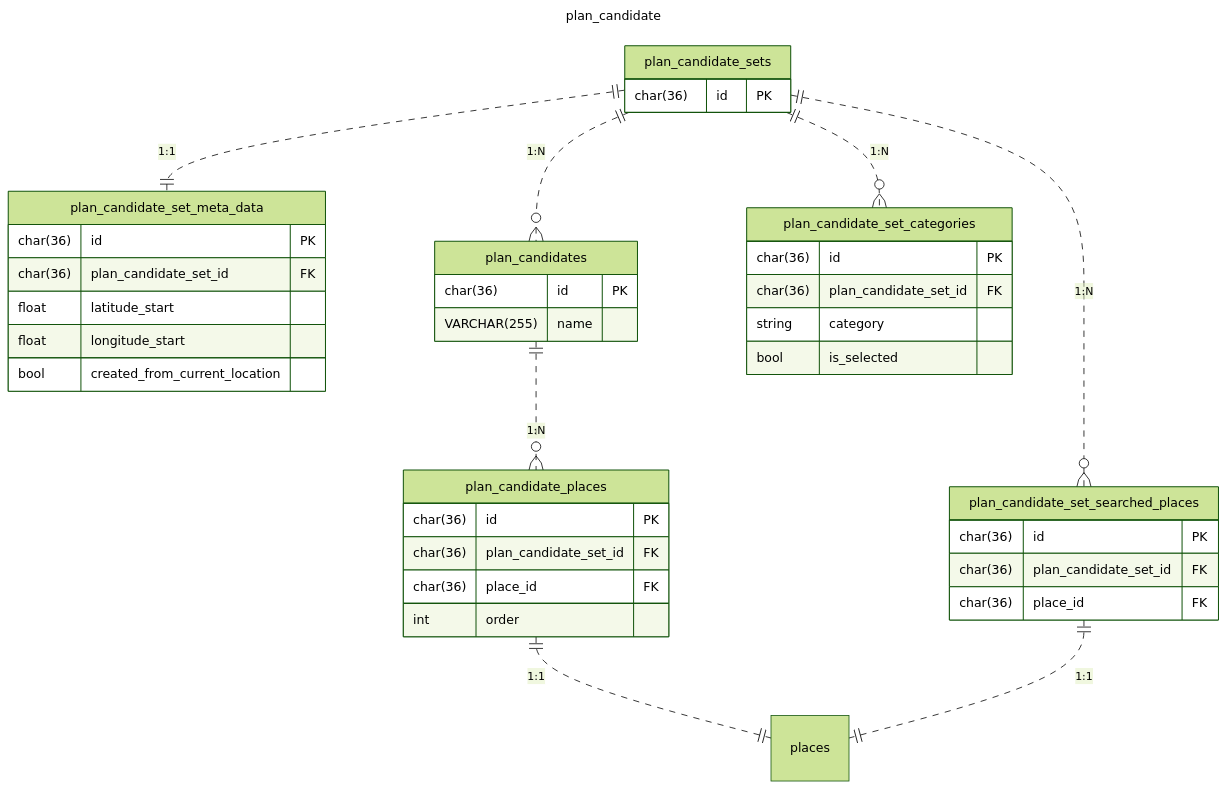
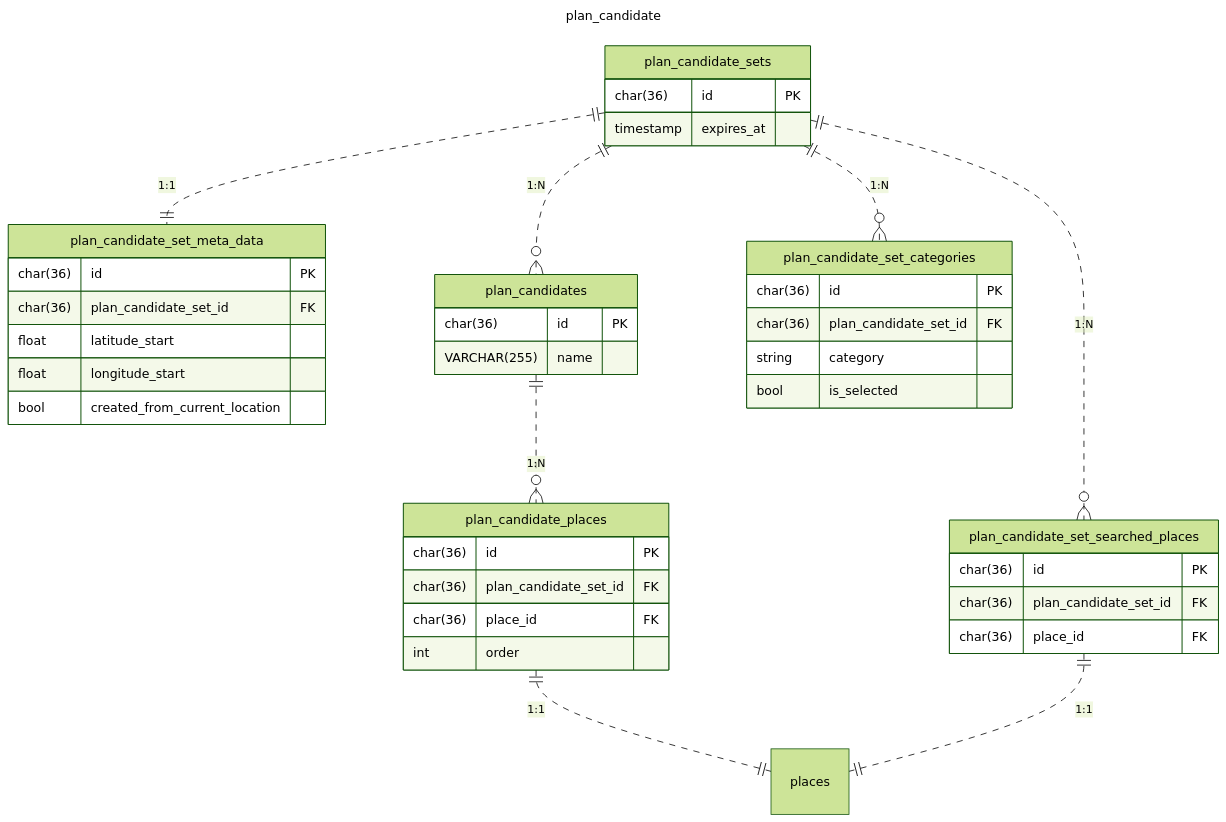
The third of 3 diagrams in doc/database/er.md (poroto-app/planner), drawn with Mermaid (forest theme) before and after one commit. The commit also changed 2 other files, not shown here.

Commit message:
feat(db): expires_atカラムを追加

````diff
--- a/doc/database/er.md
+++ b/doc/database/er.md
@@ -108,50 +108,51 @@
 ```mermaid
 ---
 title: plan_candidate
 ---
 erDiagram
     plan_candidate_sets {
         char(36) id PK
+        timestamp expires_at
     }
 
     plan_candidate_set_meta_data {
         char(36) id PK
         char(36) plan_candidate_set_id FK
         float latitude_start
         float longitude_start
         bool created_from_current_location
     }
 
     plan_candidates {
         char(36) id PK
         VARCHAR(255) name
     }
 
     plan_candidate_set_searched_places {
         char(36) id PK
         char(36) plan_candidate_set_id FK
         char(36) place_id FK
     }
 
     plan_candidate_places {
         char(36) id PK
         char(36) plan_candidate_set_id FK
         char(36) place_id FK
         int order
     }
 
     plan_candidate_set_categories {
         char(36) id PK
         char(36) plan_candidate_set_id FK
         string category
         bool is_selected
     }
 
     plan_candidate_sets ||..o{ plan_candidates: "1:N"
     plan_candidate_sets ||..|| plan_candidate_set_meta_data: "1:1"
     plan_candidate_sets ||..o{ plan_candidate_set_categories: "1:N"
     plan_candidate_sets ||..o{ plan_candidate_set_searched_places: "1:N"
     plan_candidates ||..o{ plan_candidate_places: "1:N"
     plan_candidate_places ||..|| places: "1:1"
     plan_candidate_set_searched_places ||..|| places: "1:1"
 ```
````
